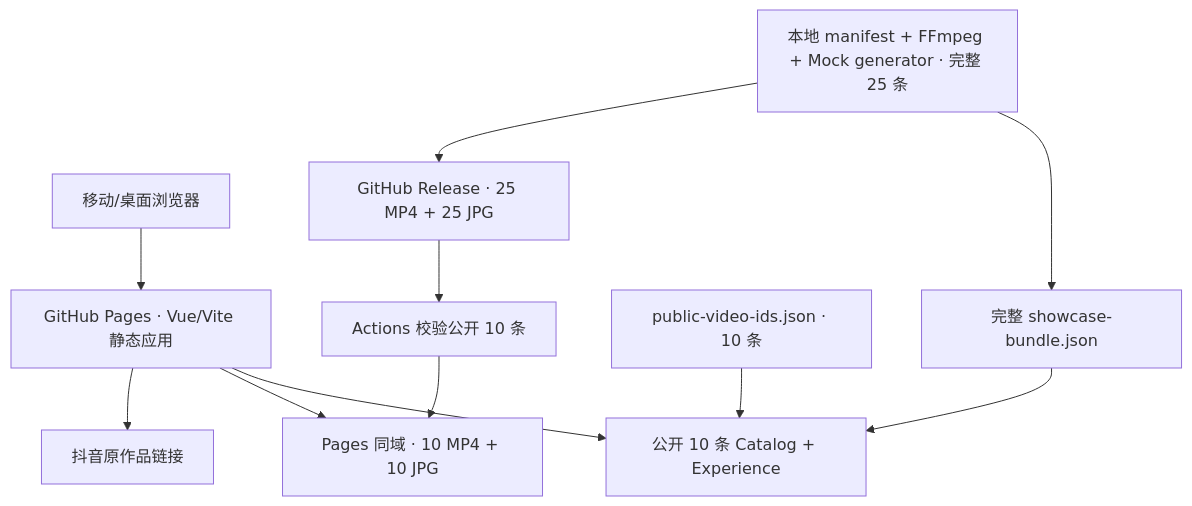
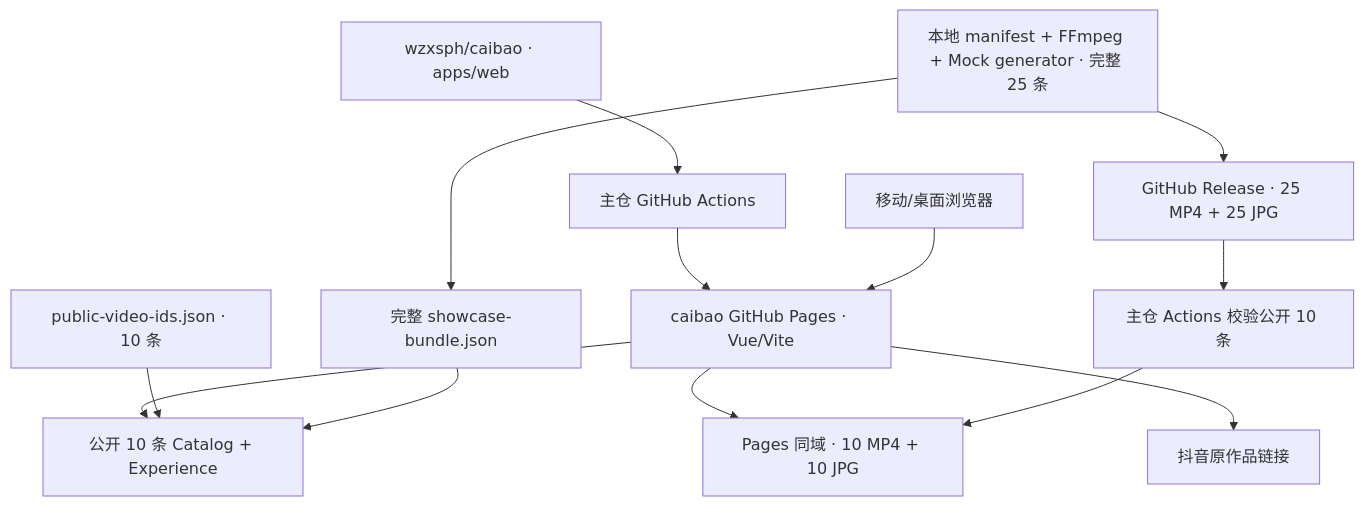
Before and after one commit to wzxsph/caibao: the fifth of 5 diagrams in 财经推演室_PRD_V2.7.md, drawn with Mermaid. The commit also changed other lines of this file and 154 other files, not shown here.

````diff
--- a/财经推演室_PRD_V2.7.md
+++ b/财经推演室_PRD_V2.7.md
@@ -437,13 +452,15 @@
 ```mermaid
 flowchart TD
-  User["移动/桌面浏览器"] --> Pages["GitHub Pages · Vue/Vite 静态应用"]
+  Repo["wzxsph/caibao · apps/web"] --> Actions["主仓 GitHub Actions"]
+  Actions --> Pages["caibao GitHub Pages · Vue/Vite"]
+  User["移动/桌面浏览器"] --> Pages
   Pages --> Bundle["公开 10 条 Catalog + Experience"]
   Pages --> Media["Pages 同域 · 10 MP4 + 10 JPG"]
   Pages --> Douyin["抖音原作品链接"]
   Builder["本地 manifest + FFmpeg + Mock generator · 完整 25 条"] --> Full["完整 showcase-bundle.json"]
   Public["public-video-ids.json · 10 条"] --> Bundle
   Full --> Bundle
   Builder --> Release["GitHub Release · 25 MP4 + 25 JPG"]
-  Release --> Stage["Actions 校验公开 10 条"]
+  Release --> Stage["主仓 Actions 校验公开 10 条"]
   Stage --> Media
 ```
````
